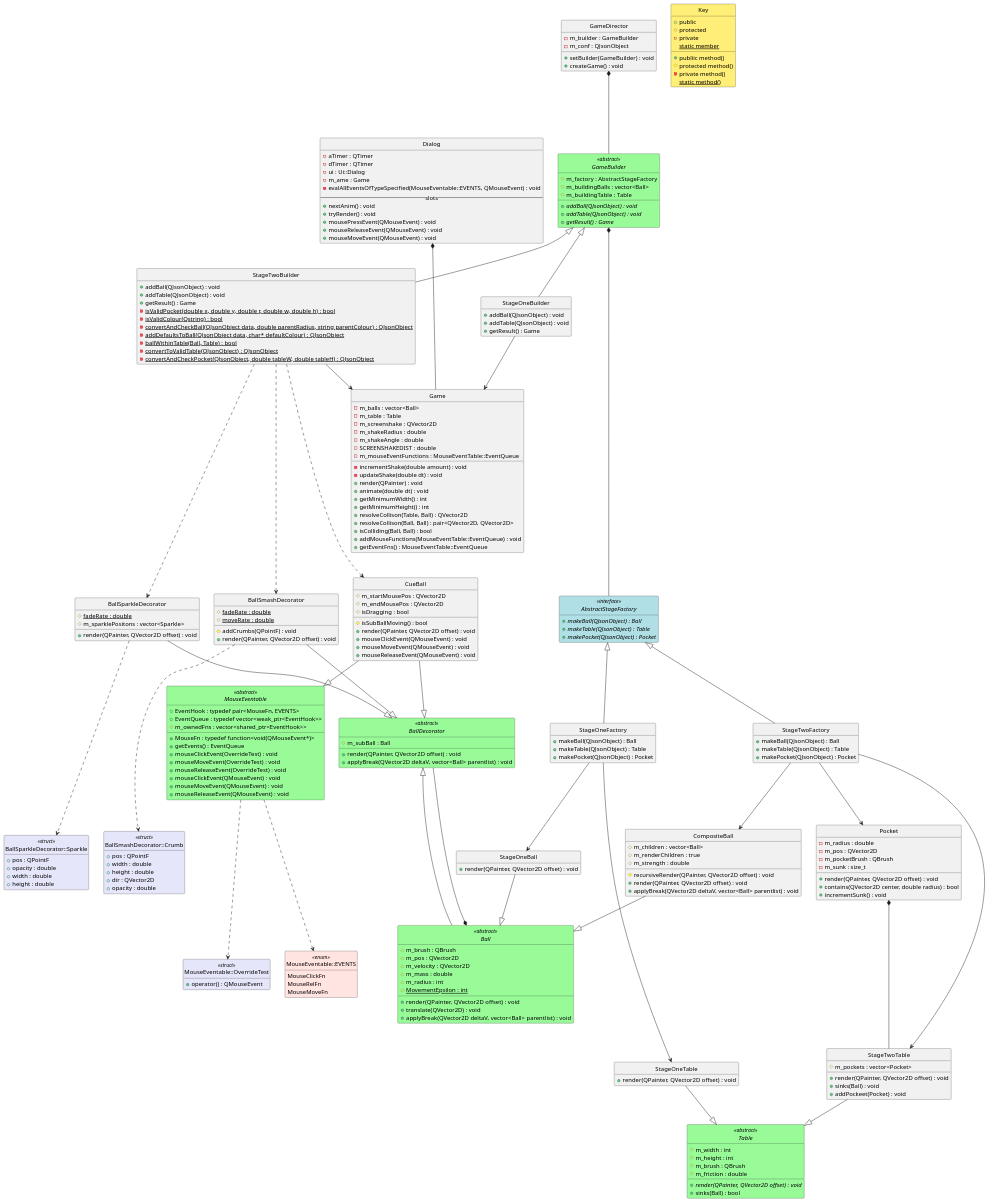
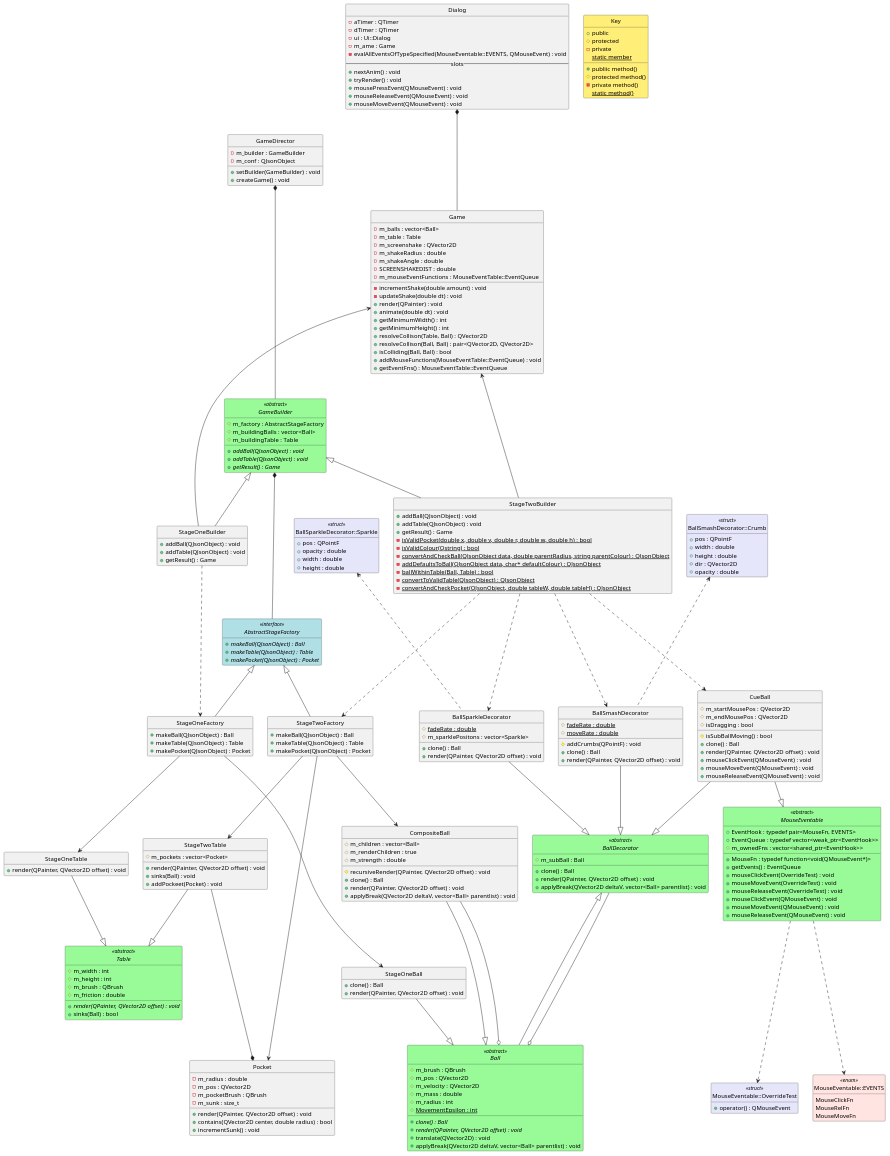
One commit to KittenHero/QtPoolGame changed the diagram in stage3.puml. Above: the diagram before and after it, drawn with PlantUML. The commit also changed 3 other files, not shown here.

```diff
--- a/stage3.puml
+++ b/stage3.puml
@@ -145,11 +145,13 @@
 	# m_mass : double
 	# m_radius : int
 	# MovementEpsilon : int {static}
-	+ render(QPainter, QVector2D offset) : void
+	+ clone() : Ball {abstract}
+	+ render(QPainter, QVector2D offset) : void {abstract}
 	+ translate(QVector2D) : void
 	+ applyBreak(QVector2D deltaV, vector<Ball> parentlist) : void
 }
 class StageOneBall {
+	+ clone() : Ball
 	+ render(QPainter, QVector2D offset) : void
 }
 class CompositeBall {
@@ -157,11 +159,13 @@
 	# m_renderChildren : true
 	# recursiveRender(QPainter, QVector2D offset) : void
 	# m_strength : double
+	+ clone() : Ball
 	+ render(QPainter, QVector2D offset) : void
 	+ applyBreak(QVector2D deltaV, vector<Ball> parentlist) : void
 }
 abstract class BallDecorator <<abstract>> {
 	# m_subBall : Ball
+	+ clone() : Ball
 	+ render(QPainter, QVector2D offset) : void
 	+ applyBreak(QVector2D deltaV, vector<Ball> parentlist) : void
 }
@@ -170,6 +174,7 @@
 	# m_endMousePos : QVector2D
 	# isDragging : bool
 	# isSubBallMoving() : bool
+	+ clone() : Ball
 	+ render(QPainter, QVector2D offset) : void
 	+ mouseClickEvent(QMouseEvent) : void
 	+ mouseMoveEvent(QMouseEvent) : void
@@ -178,6 +183,7 @@
 class BallSparkleDecorator {
 	# fadeRate : double {static}
 	# m_sparklePositons : vector<Sparkle>
+	+ clone() : Ball
 	+ render(QPainter, QVector2D offset) : void
 }
 class BallSparkleDecorator::Sparkle <<struct>> {
@@ -190,6 +196,7 @@
 	# fadeRate : double {static}
 	# moveRate : double {static}
 	# addCrumbs(QPointF) : void
+	+ clone() : Ball
 	+ render(QPainter, QVector2D offset) : void
 }
 class BallSmashDecorator::Crumb <<struct>> {
@@ -225,17 +232,19 @@
 GameBuilder           *---  AbstractStageFactory
 GameBuilder           <|--  StageOneBuilder
 GameBuilder           <|--  StageTwoBuilder
-StageOneBuilder       -->   Game
-StageTwoBuilder       -->   Game
+Game                  <---  StageOneBuilder
+Game                  <---  StageTwoBuilder
 AbstractStageFactory  <|--  StageOneFactory
 AbstractStageFactory  <|--  StageTwoFactory
+StageOneBuilder       ...>  StageOneFactory
+StageTwoBuilder       ...>  StageTwoFactory
 Dialog                *---  Game
 
 StageOneBall          --|>  Ball
 CompositeBall         --|>  Ball
 StageOneTable         --|>  Table
 StageTwoTable         --|>  Table
-Pocket                *---  StageTwoTable
+StageTwoTable         ---*  Pocket
 
 StageOneFactory       -->   StageOneTable
 StageOneFactory       -->   StageOneBall
@@ -244,12 +253,13 @@
 StageTwoFactory       -->   Pocket
 
 BallDecorator         <|--  Ball
-BallDecorator         ---*  Ball
+BallDecorator         ---o  Ball
+CompositeBall         ---o  Ball
 CueBall               --|>  BallDecorator
 BallSparkleDecorator  --|>  BallDecorator
 BallSmashDecorator    --|>  BallDecorator
-BallSparkleDecorator  ...>  BallSparkleDecorator::Sparkle
-BallSmashDecorator    ...>  BallSmashDecorator::Crumb
+BallSparkleDecorator::Sparkle  <...  BallSparkleDecorator
+BallSmashDecorator::Crumb    <...  BallSmashDecorator
 StageTwoBuilder       ...>  CueBall
 StageTwoBuilder       ...>  BallSparkleDecorator
 StageTwoBuilder       ...>  BallSmashDecorator
```
